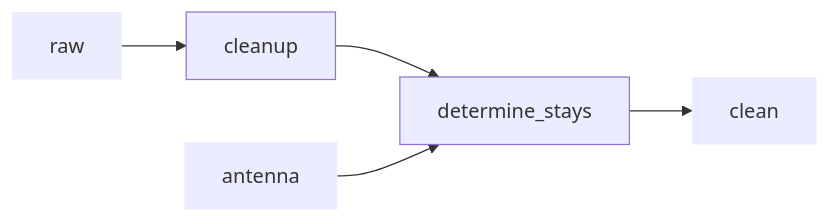
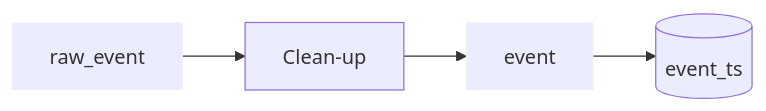
The diagram in README.md (djvanderlaan/pipeline), drawn with Mermaid before and after one commit. The commit also changed other lines of this file, not shown here.

````diff
--- a/README.md
+++ b/README.md
@@ -4,7 +7,6 @@
 ```mermaid
 flowchart LR
-  raw:::data --> cleanup --> determine_stays --> clean:::data
-  antenna:::data --> determine_stays
+  raw_event:::data --> Clean-up --> event:::data --> event_ts[(event_ts)]
 
 classDef data stroke-width:0px
 ```
````
